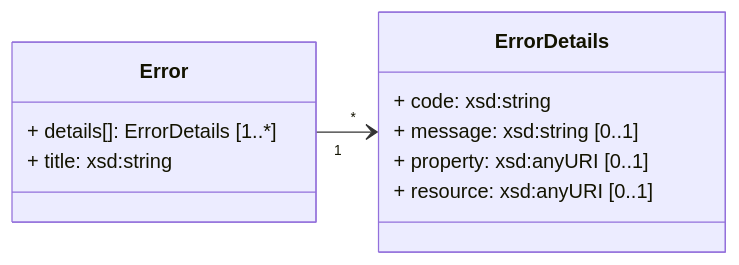
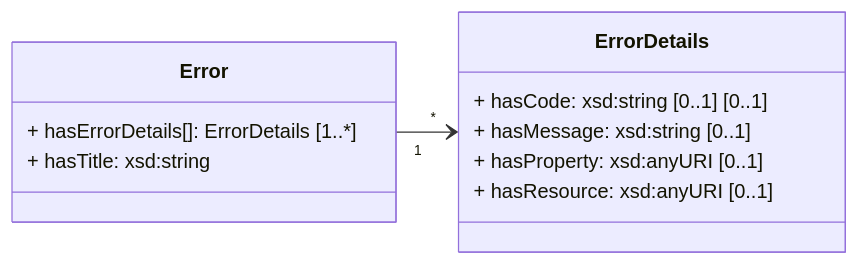
One commit to IATA-Cargo/ONE-Record changed the diagram in working_draft/API/docs/implementation-guidelines.md. Above: the diagram before and after it, drawn with Mermaid. The commit also changed other lines of this file and 54 other files, not shown here.

````diff
--- a/working_draft/API/docs/implementation-guidelines.md
+++ b/working_draft/API/docs/implementation-guidelines.md
@@ -225,17 +225,17 @@
 ```mermaid
 classDiagram   
     direction LR   
 
    class Error{        
-        + details[]: ErrorDetails [1..*]
-        + title: xsd:string
+        + hasErrorDetails[]: ErrorDetails [1..*]
+        + hasTitle: xsd:string
     }
     Error "1" --> "*" ErrorDetails
     
     class ErrorDetails{
-        + code: xsd:string
-        + message: xsd:string [0..1]
-        + property: xsd:anyURI [0..1]
-        + resource: xsd:anyURI [0..1]
+        + hasCode: xsd:string  [0..1] [0..1]
+        + hasMessage: xsd:string [0..1]
+        + hasProperty: xsd:anyURI [0..1]
+        + hasResource: xsd:anyURI [0..1]
     }
 ```
````
